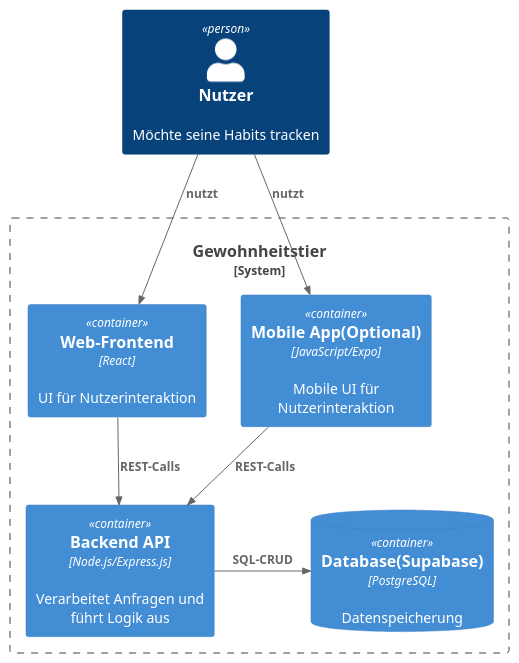
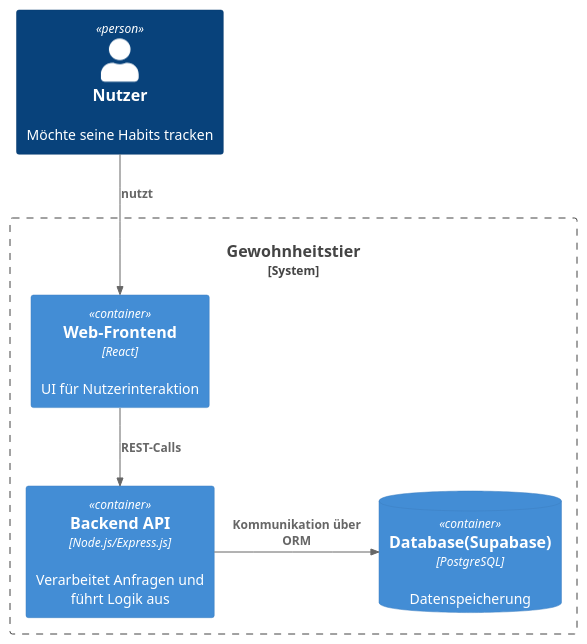
One commit to 1tristan0/SE-HabitTracker-3.B changed the second of 2 diagrams in docs/architecture/plantuml/c4Context.puml. Above: the diagram before and after it, drawn with PlantUML. The commit also changed 4 other files, not shown here.

```diff
--- a/docs/architecture/plantuml/c4Context.puml
+++ b/docs/architecture/plantuml/c4Context.puml
@@ -34,21 +34,18 @@
 @startuml
 !include https://raw.githubusercontent.com/plantuml-stdlib/C4-PlantUML/master/C4_Container.puml
 
 Person(user, "Nutzer", "Möchte seine Habits tracken")
 System_Boundary(gewohnheitstier, "Gewohnheitstier") {
   Container(webApp, "Web-Frontend", "React", "UI für Nutzerinteraktion")
   Container(api,    "Backend API", "Node.js/Express.js", "Verarbeitet Anfragen und führt Logik aus")
-  
-  Container(mobileApp, "Mobile App(Optional)", "JavaScript/Expo", "Mobile UI für Nutzerinteraktion")
+
 
 
 ContainerDb(db,    "Database(Supabase)",  "PostgreSQL", "Datenspeicherung")
 }
 
 Rel(user, webApp, "nutzt")
-Rel(user, mobileApp, "nutzt")
 Rel(webApp,    api,    "REST-Calls")
-Rel(mobileApp, api, "REST-Calls")
-Rel_R(api,       db,     "SQL-CRUD")
+Rel_R(api,       db,     "Kommunikation über ORM")
 
 @enduml
```
